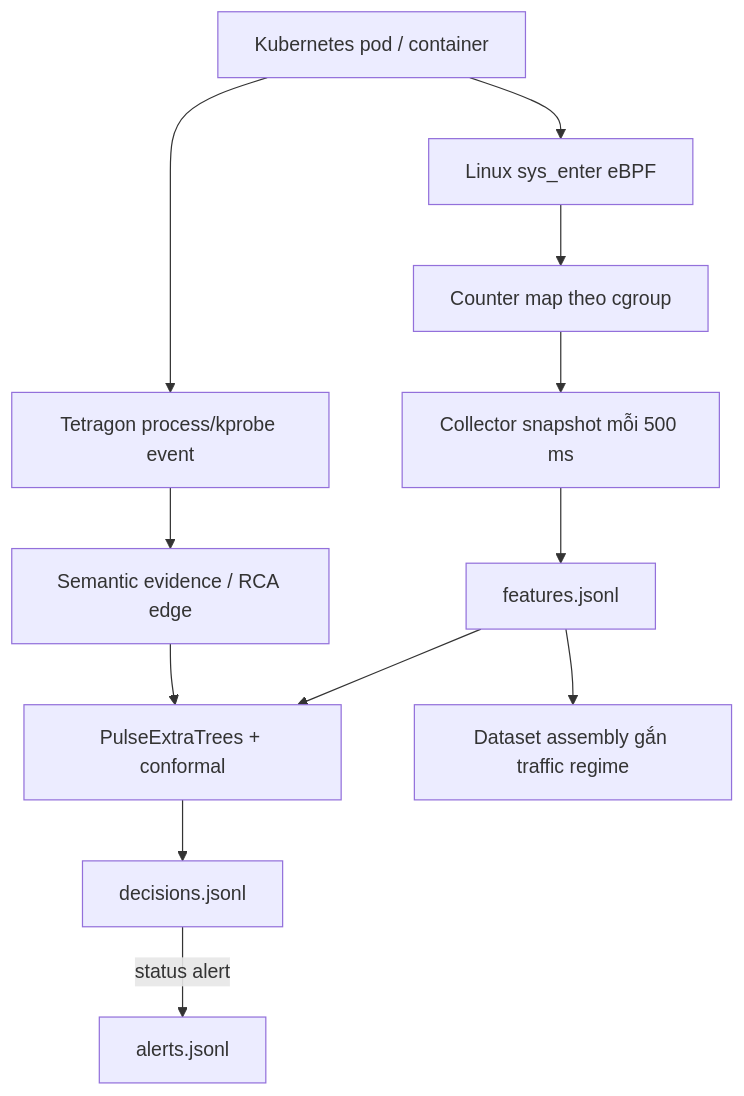
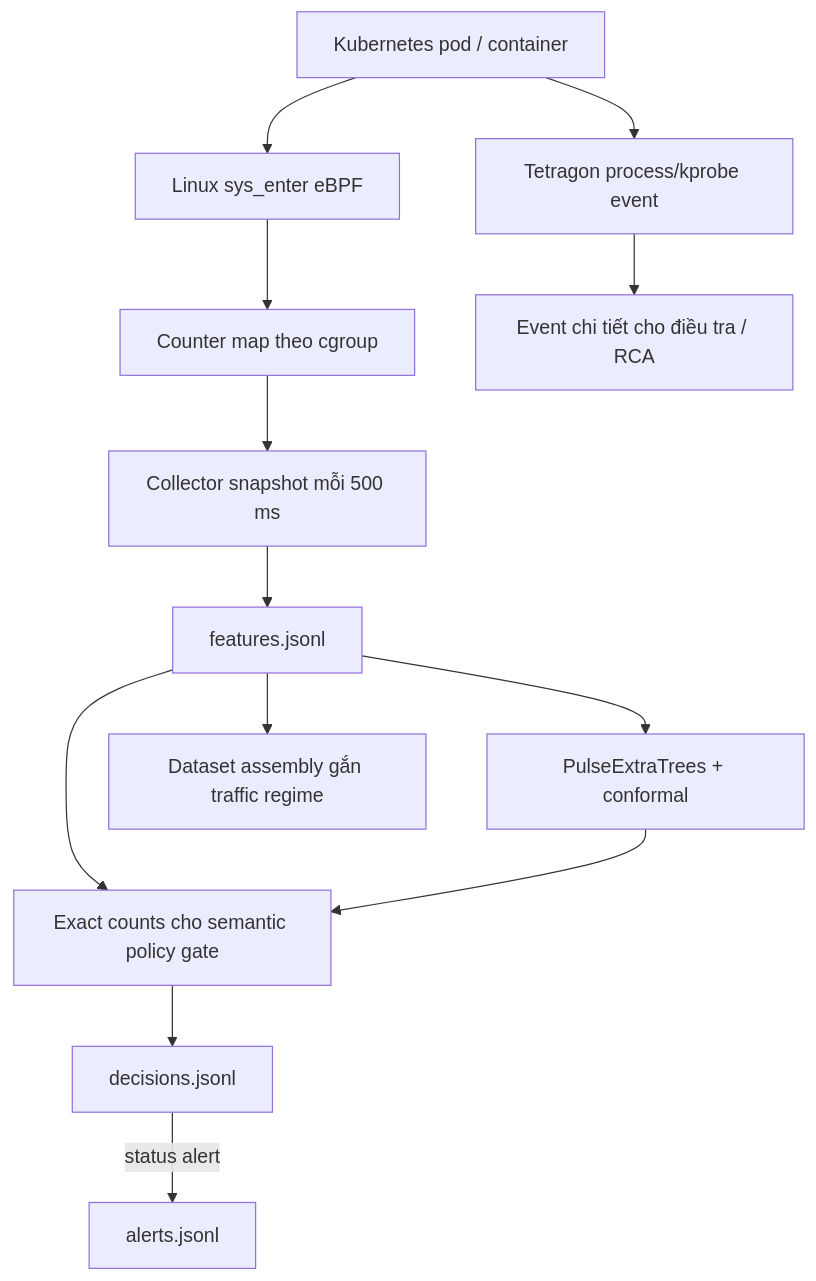
One commit to tndat-dev/eBPF-project changed the diagram in WORKLOAD_TELEMETRY_LOG_FORMAT.md. Above: the diagram before and after it, drawn with Mermaid. The commit also changed other lines of this file and 5 other files, not shown here.

````diff
--- a/WORKLOAD_TELEMETRY_LOG_FORMAT.md
+++ b/WORKLOAD_TELEMETRY_LOG_FORMAT.md
@@ -14,14 +14,15 @@
 ```mermaid
 flowchart TD
     W[Kubernetes pod / container] --> K[Linux sys_enter eBPF]
     K --> C[Counter map theo cgroup]
     C --> S[Collector snapshot mỗi 500 ms]
     S --> F[features.jsonl]
     W --> T[Tetragon process/kprobe event]
-    T --> E[Semantic evidence / RCA edge]
+    T --> E[Event chi tiết cho điều tra / RCA]
     F --> D[PulseExtraTrees + conformal]
-    E --> D
-    D --> Q[decisions.jsonl]
+    F --> G[Exact counts cho semantic policy gate]
+    D --> G
+    G --> Q[decisions.jsonl]
     Q -->|status alert| A[alerts.jsonl]
     F --> X[Dataset assembly gắn traffic regime]
 ```
````
